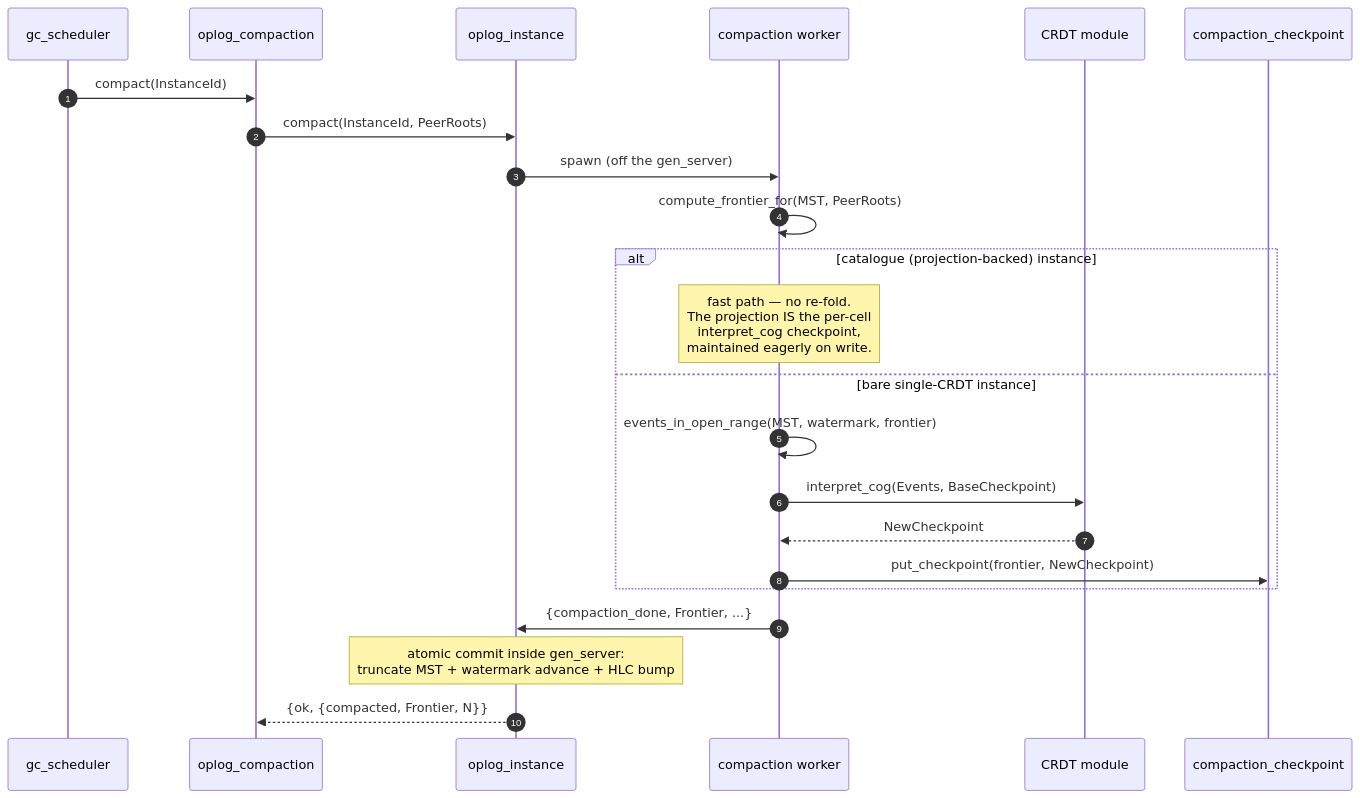
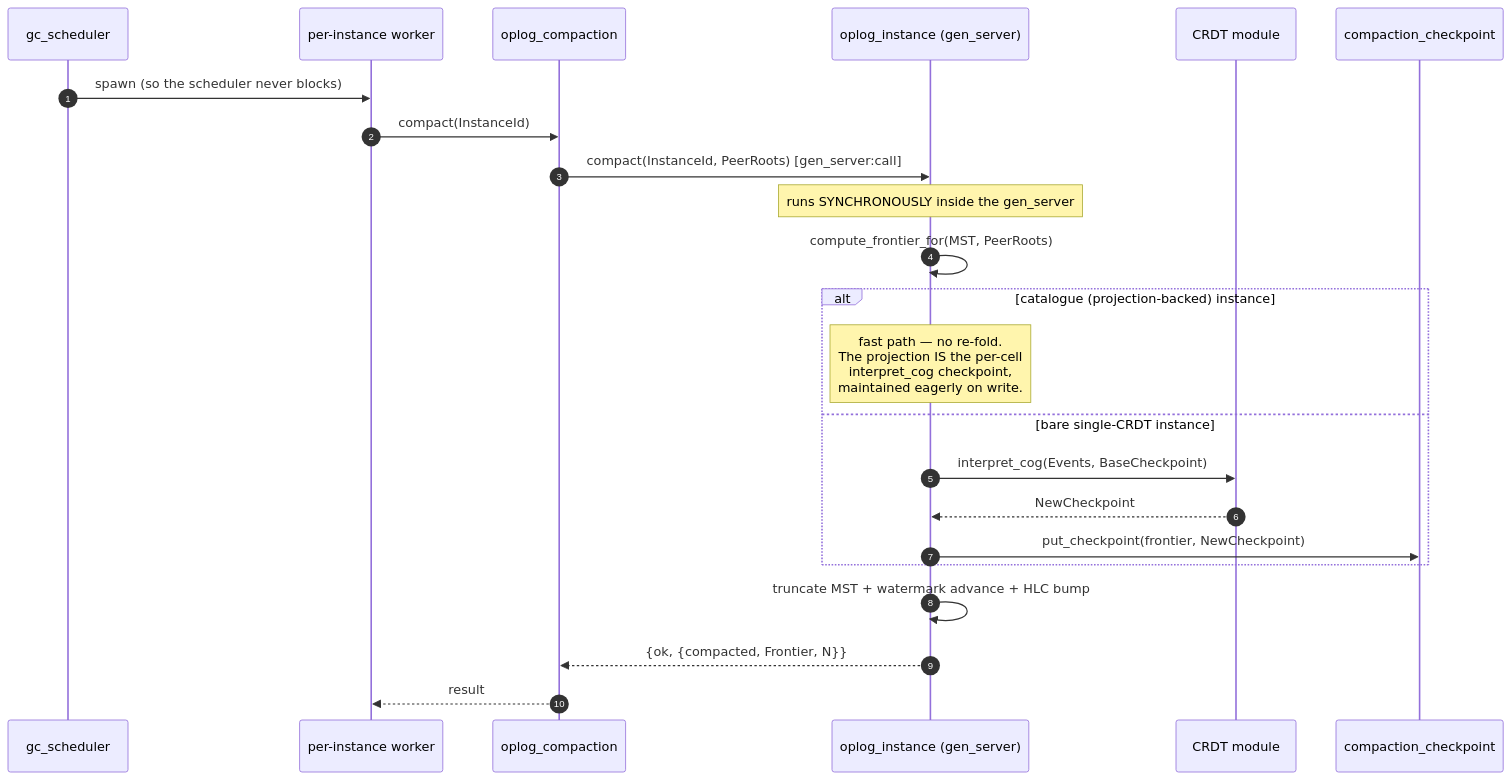
One commit to bondy-io/bondy_mst changed the fourth of 14 diagrams in doc_extras/architecture/06_compaction_and_bootstrap.md. Above: the diagram before and after it, drawn with Mermaid. The commit also changed other lines of this file and 10 other files, not shown here.

````diff
--- a/doc_extras/architecture/06_compaction_and_bootstrap.md
+++ b/doc_extras/architecture/06_compaction_and_bootstrap.md
@@ -121,26 +122,26 @@
 ```mermaid
 sequenceDiagram
     autonumber
     participant Sched as gc_scheduler
+    participant Worker as per-instance worker
     participant Comp as oplog_compaction
-    participant Inst as oplog_instance
-    participant Worker as compaction worker
+    participant Inst as oplog_instance (gen_server)
     participant Crdt as CRDT module
     participant CK as compaction_checkpoint
 
-    Sched->>Comp: compact(InstanceId)
-    Comp->>Inst: compact(InstanceId, PeerRoots)
-    Inst->>Worker: spawn (off the gen_server)
-    Worker->>Worker: compute_frontier_for(MST, PeerRoots)
+    Sched->>Worker: spawn (so the scheduler never blocks)
+    Worker->>Comp: compact(InstanceId)
+    Comp->>Inst: compact(InstanceId, PeerRoots)  [gen_server:call]
+    Note over Inst: runs SYNCHRONOUSLY inside the gen_server
+    Inst->>Inst: compute_frontier_for(MST, PeerRoots)
     alt catalogue (projection-backed) instance
-        Note over Worker: fast path — no re-fold.<br/>The projection IS the per-cell<br/>interpret_cog checkpoint,<br/>maintained eagerly on write.
+        Note over Inst: fast path — no re-fold.<br/>The projection IS the per-cell<br/>interpret_cog checkpoint,<br/>maintained eagerly on write.
     else bare single-CRDT instance
-        Worker->>Worker: events_in_open_range(MST, watermark, frontier)
-        Worker->>Crdt: interpret_cog(Events, BaseCheckpoint)
-        Crdt-->>Worker: NewCheckpoint
-        Worker->>CK: put_checkpoint(frontier, NewCheckpoint)
+        Inst->>Crdt: interpret_cog(Events, BaseCheckpoint)
+        Crdt-->>Inst: NewCheckpoint
+        Inst->>CK: put_checkpoint(frontier, NewCheckpoint)
     end
-    Worker->>Inst: {compaction_done, Frontier, ...}
-    Note over Inst: atomic commit inside gen_server:<br/>truncate MST + watermark advance + HLC bump
+    Inst->>Inst: truncate MST + watermark advance + HLC bump
     Inst-->>Comp: {ok, {compacted, Frontier, N}}
+    Comp-->>Worker: result
 ```
````
